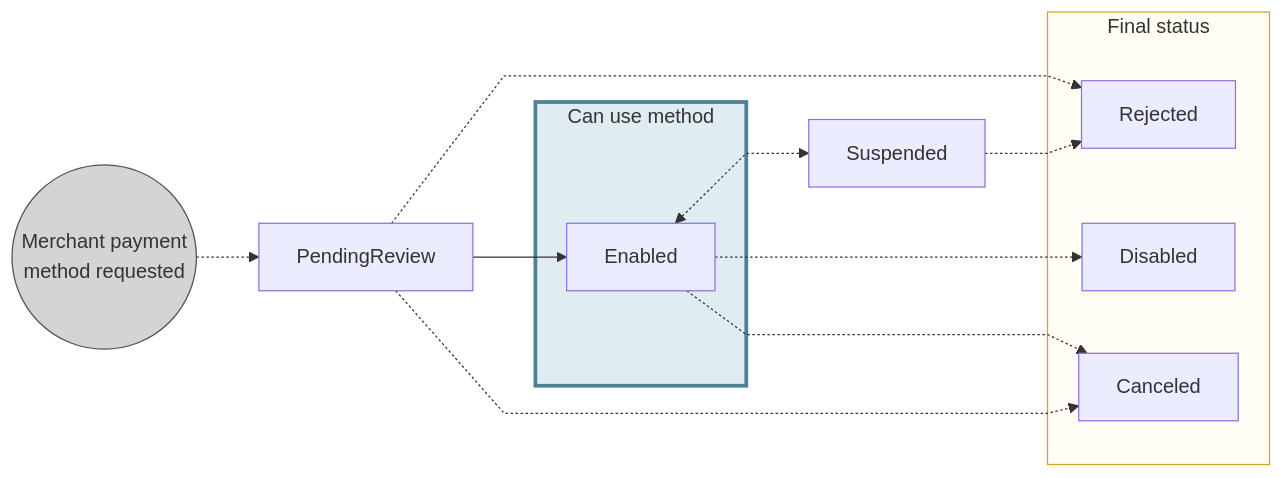
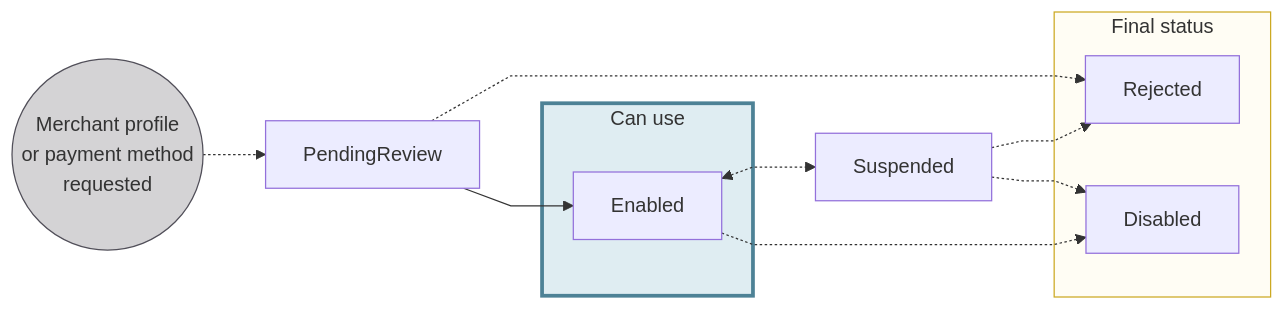
One commit to swan-io/docs changed the diagram in docs/topics/merchants/index.mdx. Above: the diagram before and after it, drawn with Mermaid. The commit also changed other lines of this file and 1 other file, not shown here.

Commit message:
DOC-377 Redo statuses and update merchant overview page

````diff
--- a/docs/topics/merchants/index.mdx
+++ b/docs/topics/merchants/index.mdx
@@ -122,23 +37,21 @@
 ```mermaid
 %%{ init: { 'flowchart': { 'curve': 'linear' } } }%%
 flowchart LR
-    MPMR((Merchant payment<br/>method requested)) -.-> PR[PendingReview]
+    MPMR((Merchant profile<br/>or payment method<br/>requested)) -.-> PR[PendingReview]
     PR -.-> R[Rejected]
     PR --> E[Enabled]
     E <-.-> S[Suspended]
     S -.-> R
+    S -.-> D
     E -.-> D[Disabled]
-    E -.-> C[Canceled]
-    PR -.-> C
-    subgraph U[Can use method]
+    subgraph U[Can use]
         E
     end
     subgraph F[Final status]
         D
         R
-        C
     end
     style MPMR fill:#D4D3D5,stroke:#514F59
     style F fill:#fffdf4,stroke:#cca922
     style U fill:#dfedf2,stroke:#4d8296, stroke-width:3px
 ```
````
